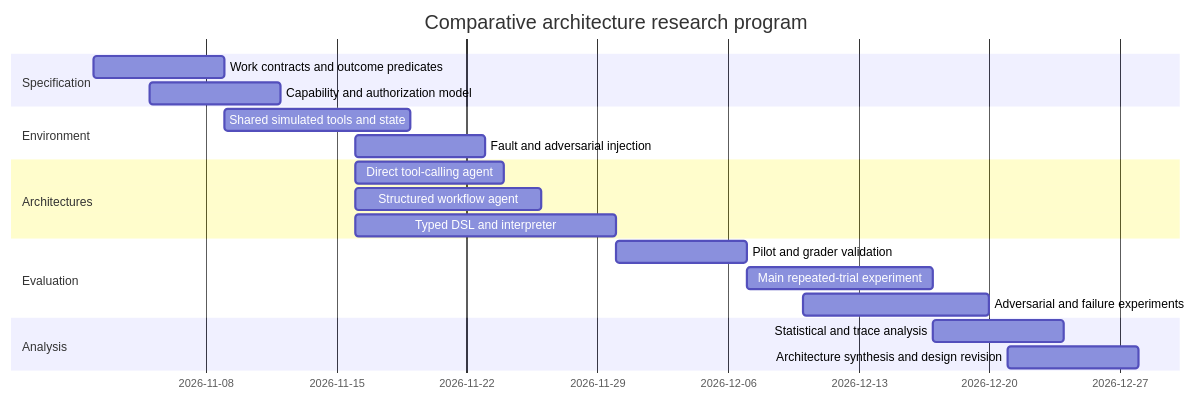
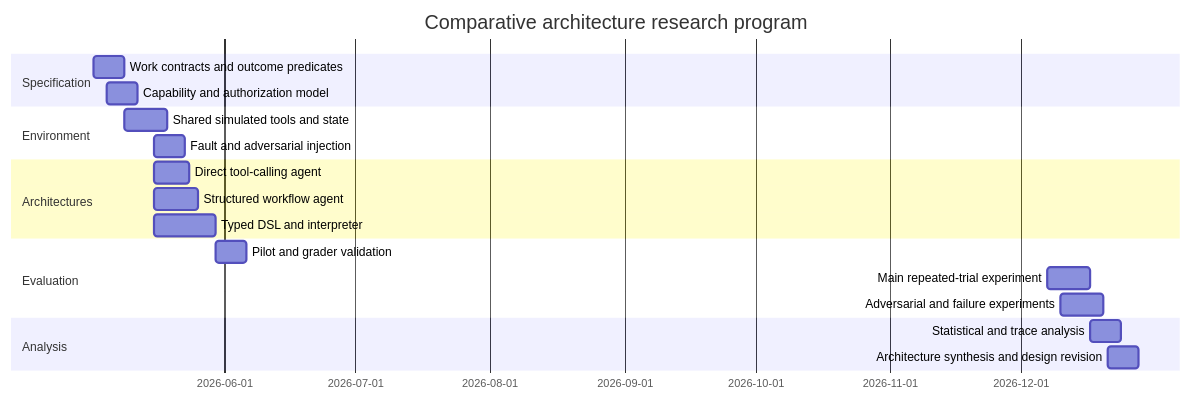
The third of 3 diagrams in content/ai/design-research/input/reports/general-conceptual-design-model-for-llm-software-systems.md (valeryTech/valerytech.github.io), drawn with Mermaid before and after one commit. The commit also changed other lines of this file and 884 other files, not shown here.

````diff
--- a/content/ai/design-research/input/reports/general-conceptual-design-model-for-llm-software-systems.md
+++ b/content/ai/design-research/input/reports/general-conceptual-design-model-for-llm-software-systems.md
@@ -763,27 +763,27 @@
 ```mermaid
 gantt
     title Comparative architecture research program
     dateFormat YYYY-MM-DD
 
     section Specification
-    Work contracts and outcome predicates       :a1, 2026-11-02, 7d
-    Capability and authorization model           :a2, 2026-11-05, 7d
+    Work contracts and outcome predicates       :a1, 2026-05-02, 7d
+    Capability and authorization model           :a2, 2026-05-05, 7d
 
     section Environment
-    Shared simulated tools and state             :b1, 2026-11-09, 10d
-    Fault and adversarial injection              :b2, 2026-11-16, 7d
+    Shared simulated tools and state             :b1, 2026-05-09, 10d
+    Fault and adversarial injection              :b2, 2026-05-16, 7d
 
     section Architectures
-    Direct tool-calling agent                    :c1, 2026-11-16, 8d
-    Structured workflow agent                    :c2, 2026-11-16, 10d
-    Typed DSL and interpreter                    :c3, 2026-11-16, 14d
+    Direct tool-calling agent                    :c1, 2026-05-16, 8d
+    Structured workflow agent                    :c2, 2026-05-16, 10d
+    Typed DSL and interpreter                    :c3, 2026-05-16, 14d
 
     section Evaluation
-    Pilot and grader validation                  :d1, 2026-11-30, 7d
+    Pilot and grader validation                  :d1, 2026-05-30, 7d
     Main repeated-trial experiment               :d2, 2026-12-07, 10d
     Adversarial and failure experiments          :d3, 2026-12-10, 10d
 
     section Analysis
     Statistical and trace analysis               :e1, 2026-12-17, 7d
     Architecture synthesis and design revision   :e2, 2026-12-21, 7d
 ```
````
